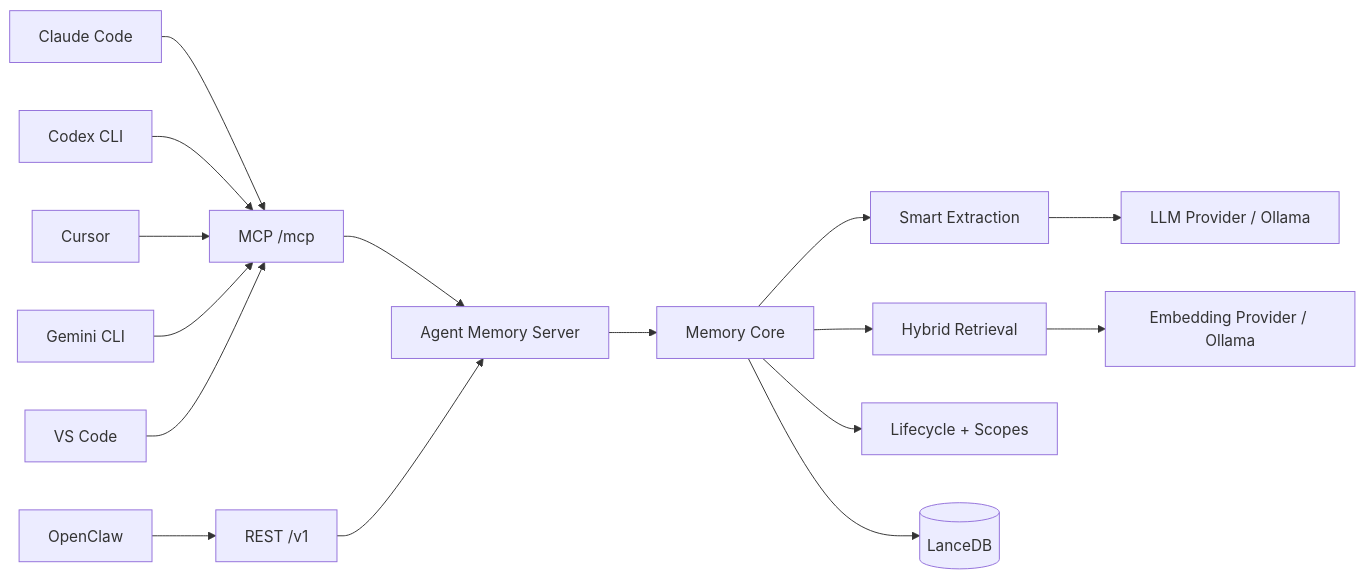
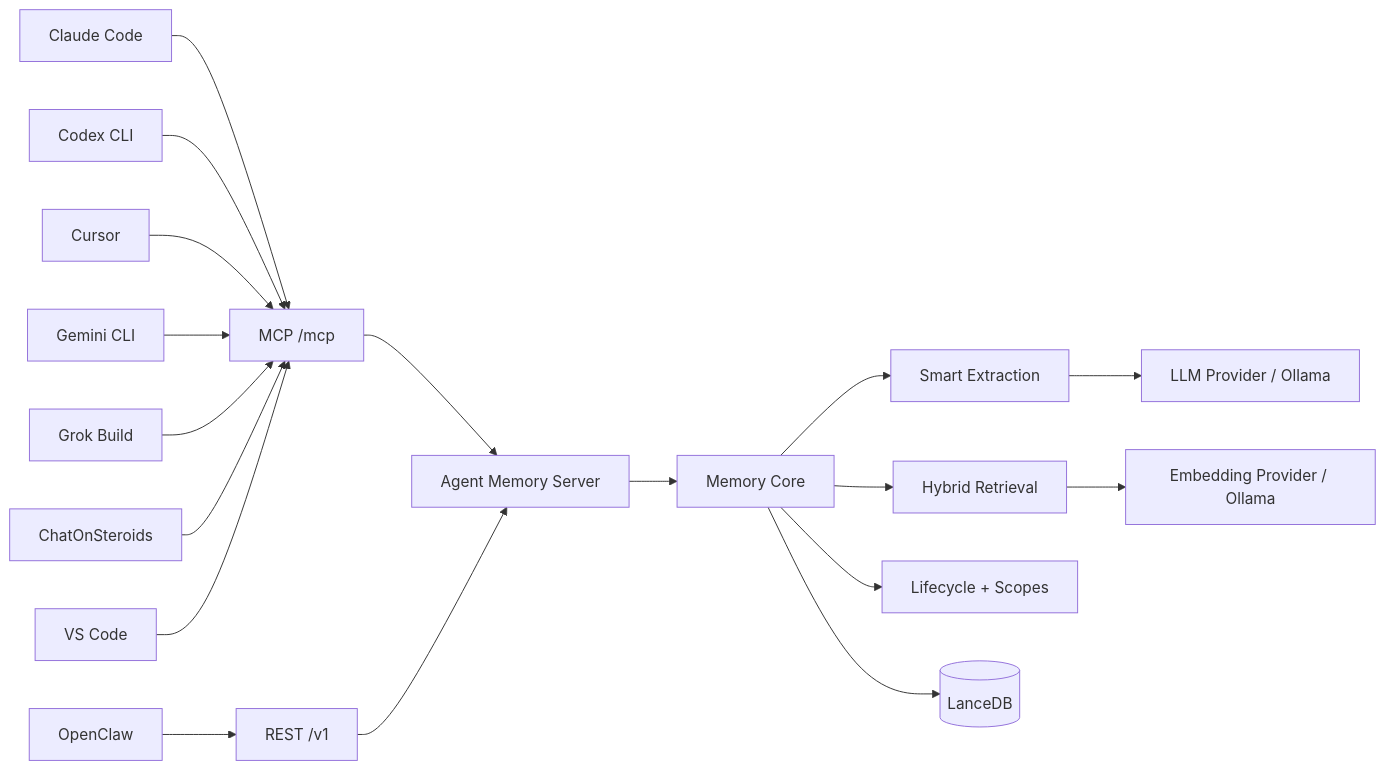
The diagram in README.md (Masikomoore/agent-memory), drawn with Mermaid before and after one commit. The commit also changed other lines of this file and 9 other files, not shown here.

````diff
--- a/README.md
+++ b/README.md
@@ -91,19 +103,21 @@
 ```mermaid
 flowchart LR
     CC[Claude Code] --> MCP[MCP /mcp]
     CX[Codex CLI] --> MCP
     CU[Cursor] --> MCP
     GM[Gemini CLI] --> MCP
+    GR[Grok Build] --> MCP
+    CS[ChatOnSteroids] --> MCP
     VS[VS Code] --> MCP
     OC[OpenClaw] --> REST[REST /v1]
 
     MCP --> S[Agent Memory Server]
     REST --> S
     S --> C[Memory Core]
     C --> EX[Smart Extraction]
     C --> RT[Hybrid Retrieval]
     C --> LC[Lifecycle + Scopes]
     C --> DB[(LanceDB)]
     EX --> LLM[LLM Provider / Ollama]
     RT --> EMB[Embedding Provider / Ollama]
 ```
````
